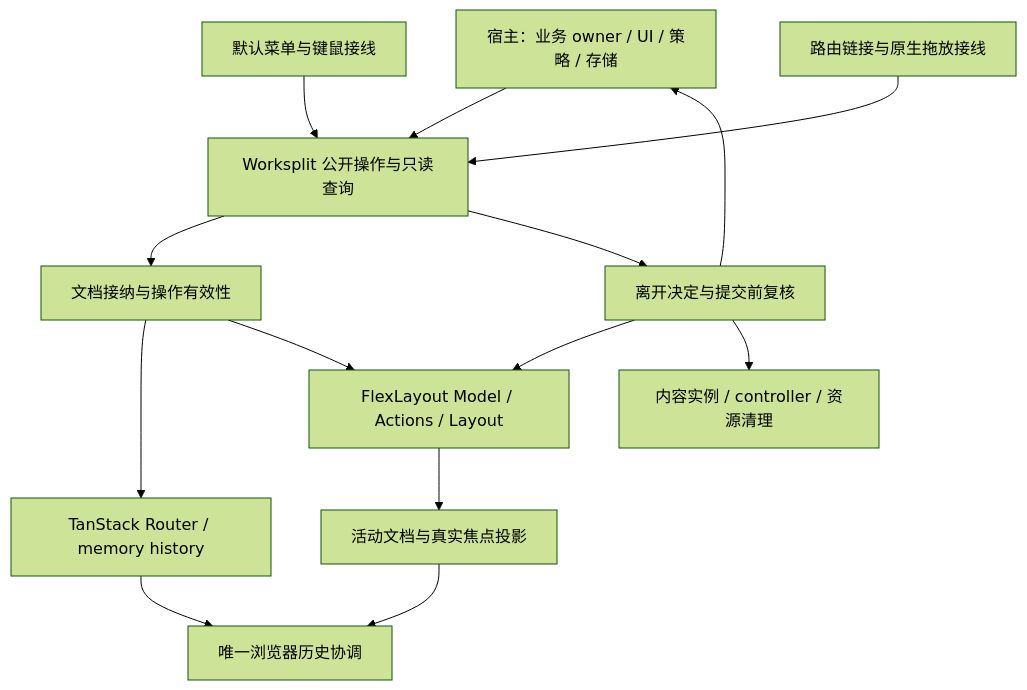
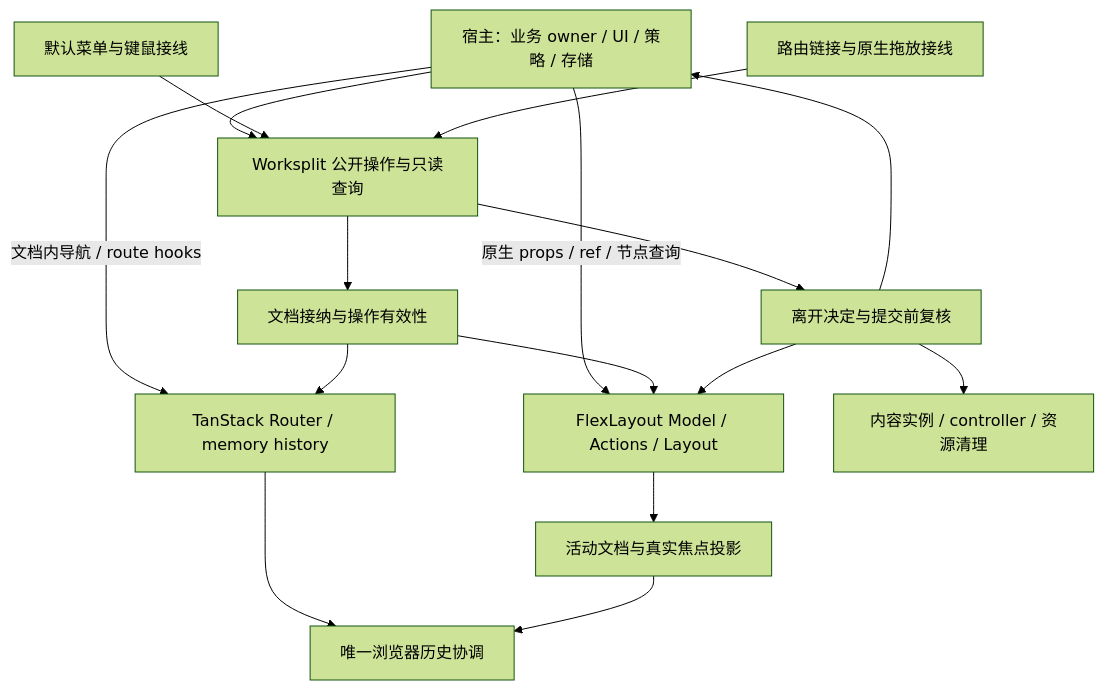
Before and after one commit to PluxelJS/split-like-vscode: the diagram in docs/proposals/worksplit-redesign.md, drawn with Mermaid (forest theme). The commit also changed other lines of this file and 6 other files, not shown here.

````diff
--- a/docs/proposals/worksplit-redesign.md
+++ b/docs/proposals/worksplit-redesign.md
@@ -75,16 +63,18 @@
 ```mermaid
 flowchart TB
     Host[宿主：业务 owner / UI / 策略 / 存储] --> API[Worksplit 公开操作与只读查询]
+    Host -->|原生 props / ref / 节点查询| Native
+    Host -->|文档内导航 / route hooks| Router
     Menus[默认菜单与键鼠接线] --> API
     Links[路由链接与原生拖放接线] --> API
     API --> Admission[文档接纳与操作有效性]
     API --> Leave[离开决定与提交前复核]
     Admission --> Router[TanStack Router / memory history]
     Admission --> Native[FlexLayout Model / Actions / Layout]
     Leave --> Host
     Leave --> Native
     Leave --> Resources[内容实例 / controller / 资源清理]
     Router --> Browser[唯一浏览器历史协调]
     Native --> Context[活动文档与真实焦点投影]
     Context --> Browser
 ```
````
